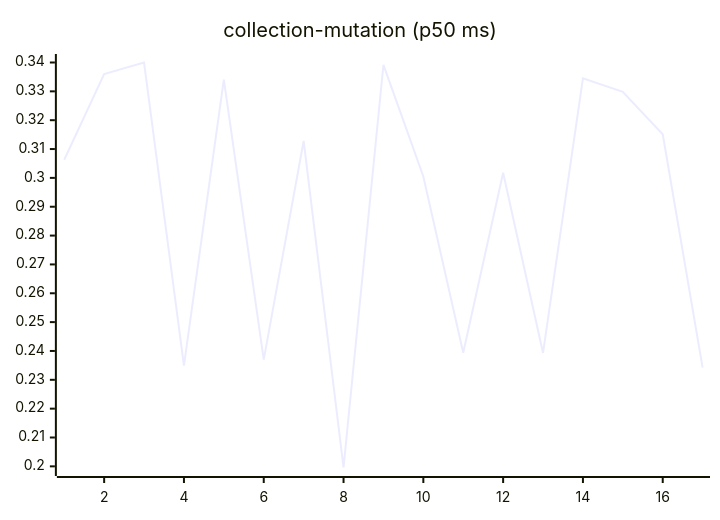
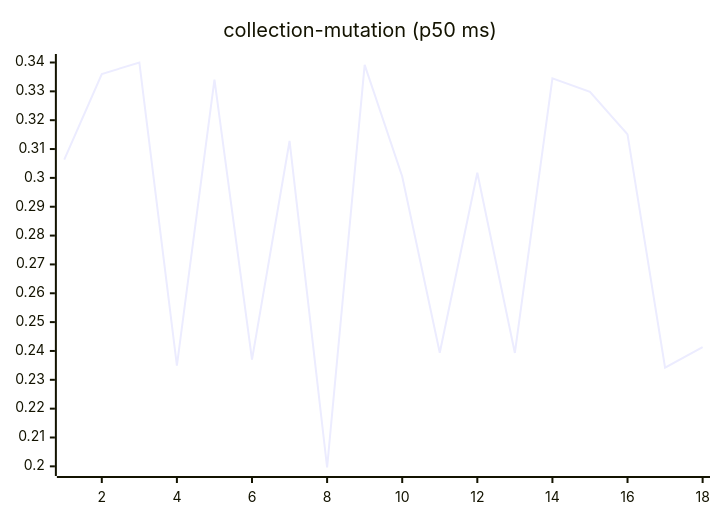
One commit to josha/Facet changed the sixth of 27 diagrams in README.md. Above: the diagram before and after it, drawn with Mermaid. The commit also changed other lines of this file and 2 other files, not shown here.

````diff
--- a/README.md
+++ b/README.md
@@ -98,6 +98,6 @@
 ```mermaid
 xychart-beta
     title "collection-mutation (p50 ms)"
-    x-axis 1 --> 17
-    line [0.3063, 0.3360, 0.3400, 0.2349, 0.3341, 0.2370, 0.3128, 0.1996, 0.3392, 0.3005, 0.2394, 0.3018, 0.2393, 0.3345, 0.3298, 0.3151, 0.2342]
+    x-axis 1 --> 18
+    line [0.3063, 0.3360, 0.3400, 0.2349, 0.3341, 0.2370, 0.3128, 0.1996, 0.3392, 0.3005, 0.2394, 0.3018, 0.2393, 0.3345, 0.3298, 0.3151, 0.2342, 0.2413]
 ```
````
